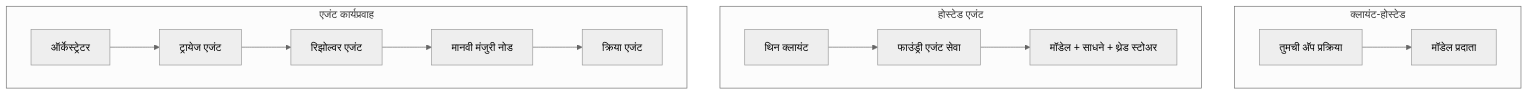
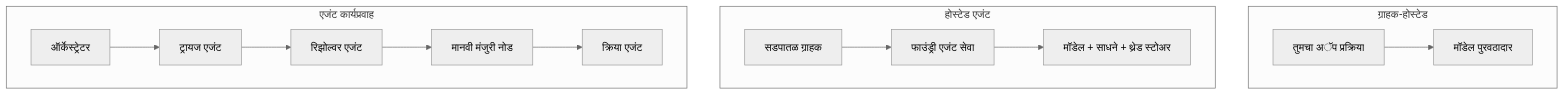
The first of 4 diagrams in translations/mr/16-deploying-scalable-agents/README.md (microsoft/ai-agents-for-beginners), drawn with Mermaid (neutral theme) before and after one commit. The commit also changed other lines of this file and 45 other files, not shown here.

````diff
--- a/translations/mr/16-deploying-scalable-agents/README.md
+++ b/translations/mr/16-deploying-scalable-agents/README.md
@@ -87,16 +87,16 @@
 ```mermaid
 flowchart TB
-    subgraph P1[क्लायंट-होस्टेड]
-        A1[तुमची अ‍ॅप प्रक्रिया] --> M1[मॉडेल प्रदाता]
+    subgraph P1[ग्राहक-होस्टेड]
+        A1[तुमचा अॅप प्रक्रिया] --> M1[मॉडेल पुरवठादार]
     end
     subgraph P2[होस्टेड एजंट]
-        A2[थिन क्लायंट] --> F2[फाउंड्री एजंट सेवा]
+        A2[सडपातळ ग्राहक] --> F2[फाउंड्री एजंट सेवा]
         F2 --> M2[मॉडेल + साधने + थ्रेड स्टोअर]
     end
     subgraph P3[एजंट कार्यप्रवाह]
-        A3[ऑर्केस्ट्रेटर] --> S1[ट्रायेज एजंट]
+        A3[ऑर्केस्ट्रेटर] --> S1[ट्रायज एजंट]
         S1 --> S2[रिझोल्वर एजंट]
         S2 --> H[मानवी मंजुरी नोड]
         H --> S3[क्रिया एजंट]
     end
 ```
````
